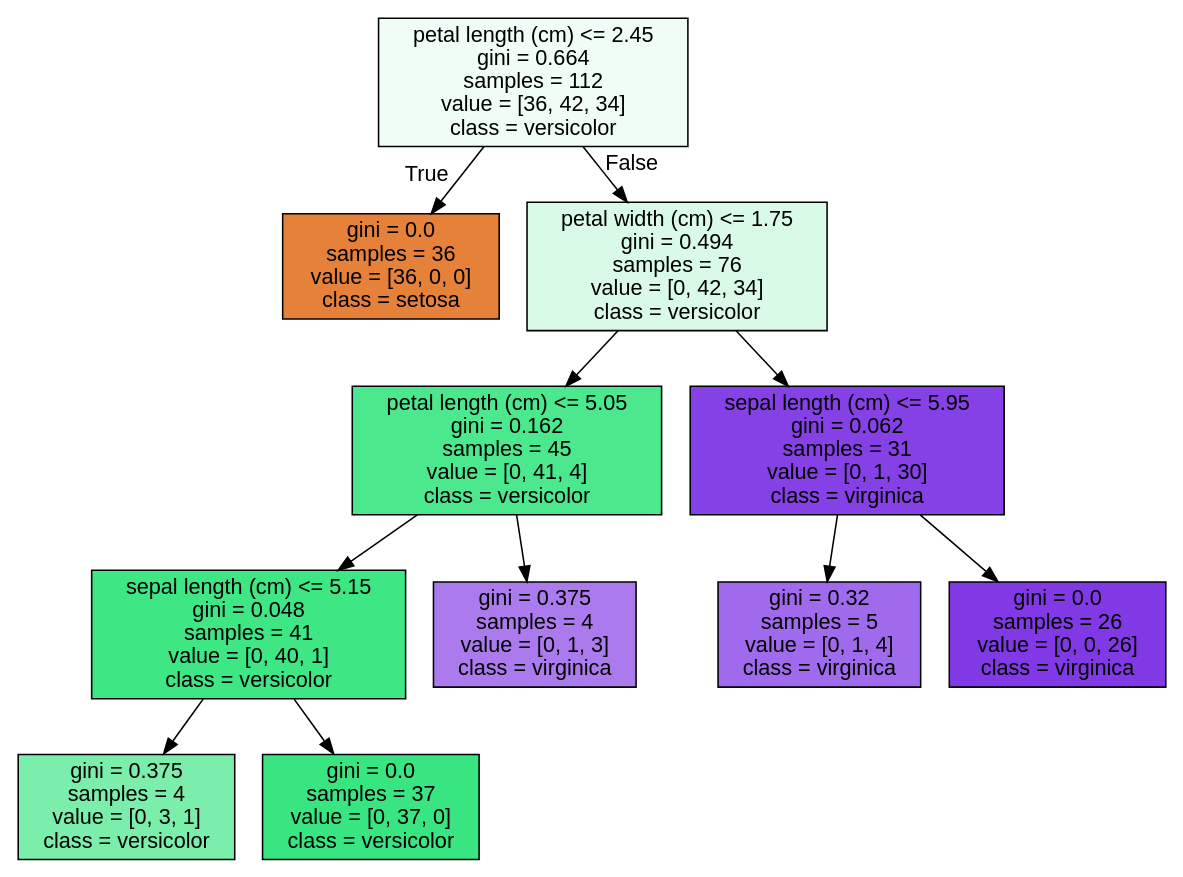
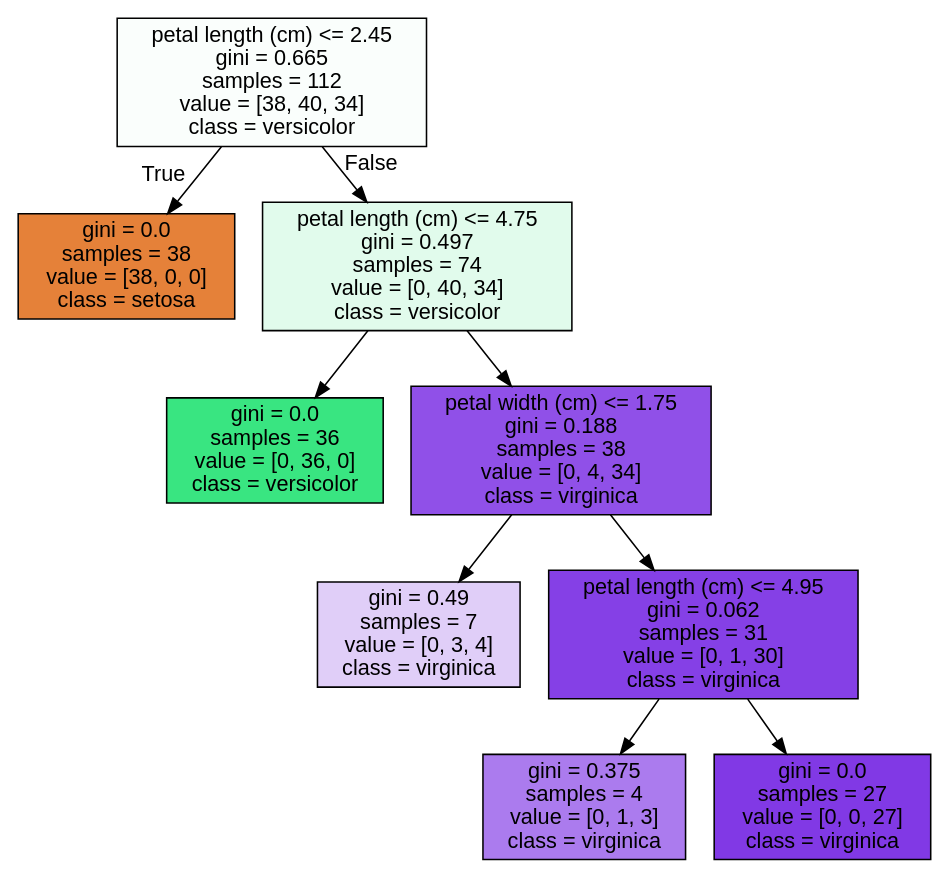
The diagram in min_samples_leaf.dot (SCUTUM98/MachineLearning_Class), drawn with Graphviz before and after one commit.

Commit message:
min_samples_leaf=4 tree

```diff
--- a/min_samples_leaf.dot
+++ b/min_samples_leaf.dot
@@ -1,25 +1,21 @@
 digraph Tree {
 node [shape=box, style="filled", color="black", fontname="helvetica"] ;
 edge [fontname="helvetica"] ;
-0 [label="petal length (cm) <= 2.45\ngini = 0.664\nsamples = 112\nvalue = [36, 42, 34]\nclass = versicolor", fillcolor="#effdf5"] ;
-1 [label="gini = 0.0\nsamples = 36\nvalue = [36, 0, 0]\nclass = setosa", fillcolor="#e58139"] ;
+0 [label="petal length (cm) <= 2.45\ngini = 0.665\nsamples = 112\nvalue = [38, 40, 34]\nclass = versicolor", fillcolor="#fafefc"] ;
+1 [label="gini = 0.0\nsamples = 38\nvalue = [38, 0, 0]\nclass = setosa", fillcolor="#e58139"] ;
 0 -> 1 [labeldistance=2.5, labelangle=45, headlabel="True"] ;
-2 [label="petal width (cm) <= 1.75\ngini = 0.494\nsamples = 76\nvalue = [0, 42, 34]\nclass = versicolor", fillcolor="#d9fae7"] ;
+2 [label="petal length (cm) <= 4.75\ngini = 0.497\nsamples = 74\nvalue = [0, 40, 34]\nclass = versicolor", fillcolor="#e1fbec"] ;
 0 -> 2 [labeldistance=2.5, labelangle=-45, headlabel="False"] ;
-3 [label="petal length (cm) <= 5.05\ngini = 0.162\nsamples = 45\nvalue = [0, 41, 4]\nclass = versicolor", fillcolor="#4ce88d"] ;
+3 [label="gini = 0.0\nsamples = 36\nvalue = [0, 36, 0]\nclass = versicolor", fillcolor="#39e581"] ;
 2 -> 3 ;
-4 [label="sepal length (cm) <= 5.15\ngini = 0.048\nsamples = 41\nvalue = [0, 40, 1]\nclass = versicolor", fillcolor="#3ee684"] ;
-3 -> 4 ;
-5 [label="gini = 0.375\nsamples = 4\nvalue = [0, 3, 1]\nclass = versicolor", fillcolor="#7beeab"] ;
+4 [label="petal width (cm) <= 1.75\ngini = 0.188\nsamples = 38\nvalue = [0, 4, 34]\nclass = virginica", fillcolor="#9050e8"] ;
+2 -> 4 ;
+5 [label="gini = 0.49\nsamples = 7\nvalue = [0, 3, 4]\nclass = virginica", fillcolor="#e0cef8"] ;
 4 -> 5 ;
-6 [label="gini = 0.0\nsamples = 37\nvalue = [0, 37, 0]\nclass = versicolor", fillcolor="#39e581"] ;
+6 [label="petal length (cm) <= 4.95\ngini = 0.062\nsamples = 31\nvalue = [0, 1, 30]\nclass = virginica", fillcolor="#8540e6"] ;
 4 -> 6 ;
 7 [label="gini = 0.375\nsamples = 4\nvalue = [0, 1, 3]\nclass = virginica", fillcolor="#ab7bee"] ;
-3 -> 7 ;
-8 [label="sepal length (cm) <= 5.95\ngini = 0.062\nsamples = 31\nvalue = [0, 1, 30]\nclass = virginica", fillcolor="#8540e6"] ;
-2 -> 8 ;
-9 [label="gini = 0.32\nsamples = 5\nvalue = [0, 1, 4]\nclass = virginica", fillcolor="#a06aec"] ;
-8 -> 9 ;
-10 [label="gini = 0.0\nsamples = 26\nvalue = [0, 0, 26]\nclass = virginica", fillcolor="#8139e5"] ;
-8 -> 10 ;
+6 -> 7 ;
+8 [label="gini = 0.0\nsamples = 27\nvalue = [0, 0, 27]\nclass = virginica", fillcolor="#8139e5"] ;
+6 -> 8 ;
 }
```
